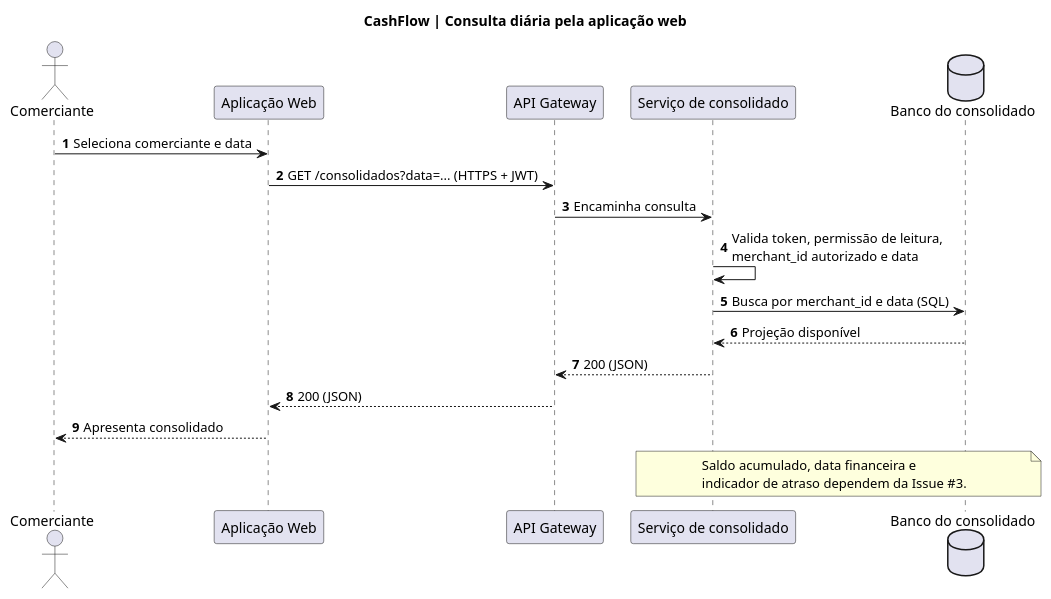
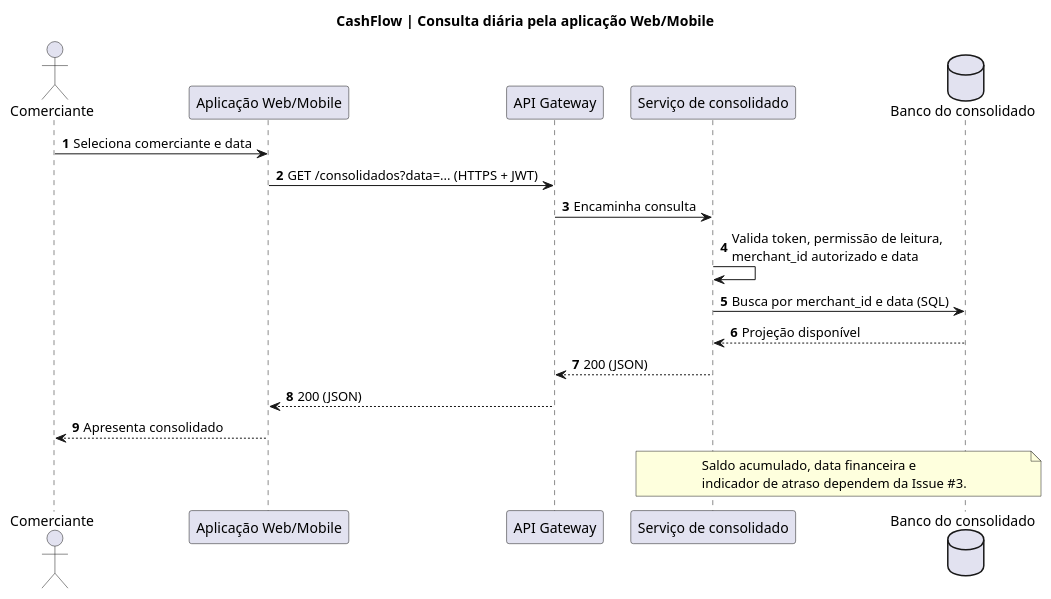
Before and after one commit to wolwerr/CashFlow-Architecture: the diagram in docs/architecture/plantuml/sequence-query.puml, drawn with PlantUML.

Commit message:
docs: label client channel as Web/Mobile in C4 and sequences (#6)

```diff
--- a/docs/architecture/plantuml/sequence-query.puml
+++ b/docs/architecture/plantuml/sequence-query.puml
@@ -1,22 +1,22 @@
 @startuml CashFlow_Query
-title CashFlow | Consulta diária pela aplicação web
+title CashFlow | Consulta diária pela aplicação Web/Mobile
 autonumber
 actor Comerciante
-participant "Aplicação Web" as W
+participant "Aplicação Web/Mobile" as W
 participant "API Gateway" as G
 participant "Serviço de consolidado" as C
 database "Banco do consolidado" as B
 Comerciante -> W: Seleciona comerciante e data
 W -> G: GET /consolidados?data=... (HTTPS + JWT)
 G -> C: Encaminha consulta
 C -> C: Valida token, permissão de leitura,\nmerchant_id autorizado e data
 C -> B: Busca por merchant_id e data (SQL)
 B --> C: Projeção disponível
 C --> G: 200 (JSON)
 G --> W: 200 (JSON)
 W --> Comerciante: Apresenta consolidado
 note over C,B
 Saldo acumulado, data financeira e
 indicador de atraso dependem da Issue #3.
 end note
 @enduml
```
